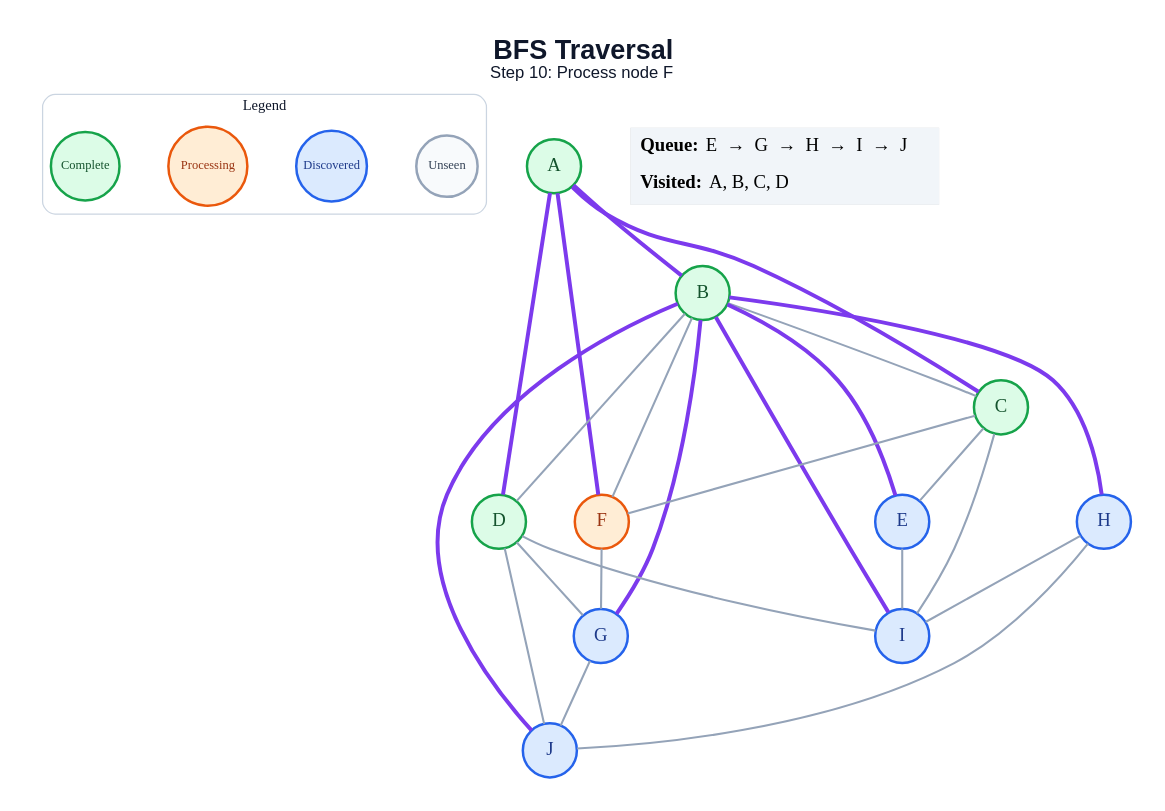
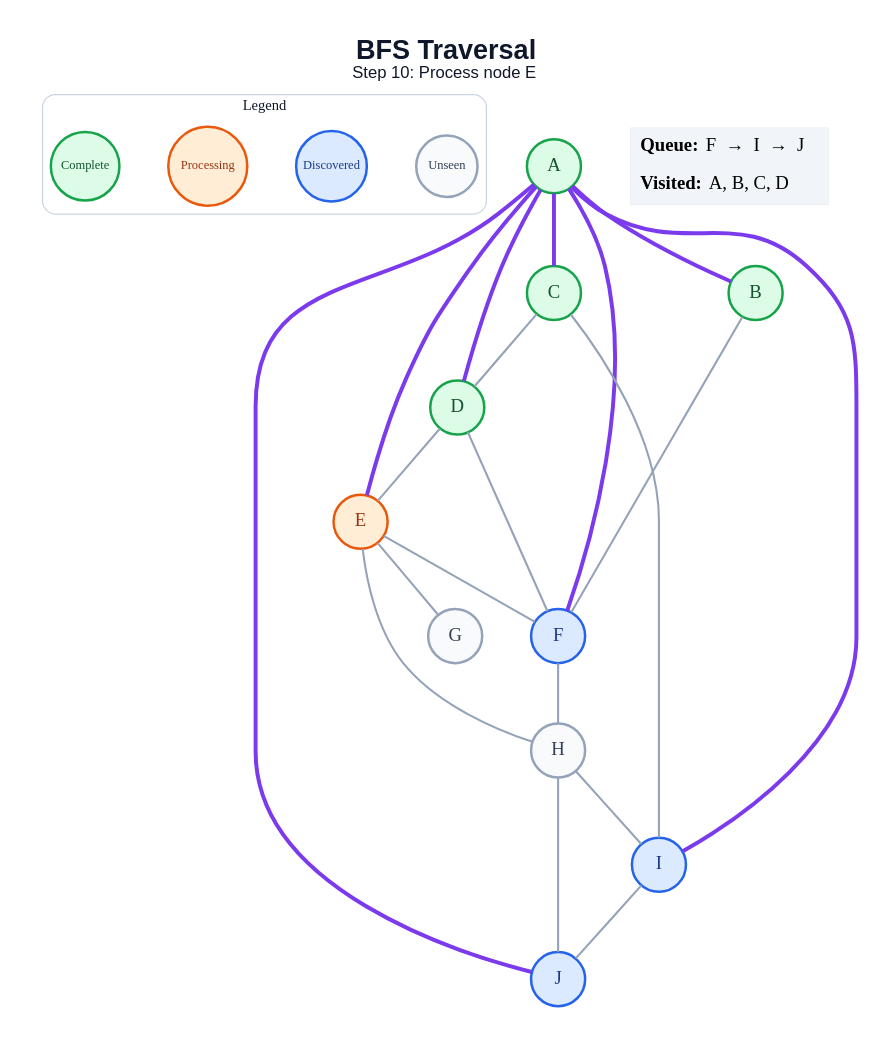
One commit to anon7238593-create/ai-slop changed the diagram in generated/bfs/step_10.dot. Above: the diagram before and after it, drawn with Graphviz. The commit also changed 178 other files, not shown here.

```diff
--- a/generated/bfs/step_10.dot
+++ b/generated/bfs/step_10.dot
@@ -1,52 +1,48 @@
 graph traversal {
   graph [layout=dot, rankdir=TB, bgcolor="#FFFFFF", pad="0.35", nodesep="0.65", ranksep="0.8", fontname="Arial"];
   node [shape=circle, style="filled", fontname="Arial Bold", fontsize=18, width=0.72, fixedsize=true, penwidth=2.4];
   edge [color="#94A3B8", penwidth=2.0];
-  label=<<B>BFS Traversal</B><BR/><FONT POINT-SIZE="16">Step 10: Process node F</FONT>>; labelloc="t"; fontsize=26; fontname="Arial"; fontcolor="#0F172A";
+  label=<<B>BFS Traversal</B><BR/><FONT POINT-SIZE="16">Step 10: Process node E</FONT>>; labelloc="t"; fontsize=26; fontname="Arial"; fontcolor="#0F172A";
   subgraph cluster_legend { label="Legend"; color="#CBD5E1"; penwidth=1.2; style="rounded"; fontsize=14; fontname="Arial Bold";
     key_unseen [label="Unseen", fillcolor="#F8FAFC", color="#94A3B8", fontcolor="#334155", fontsize=12, width=0.82];
     key_frontier [label="Discovered", fillcolor="#DBEAFE", color="#2563EB", fontcolor="#1E3A8A", fontsize=12, width=0.95];
     key_current [label="Processing", fillcolor="#FFEDD5", color="#EA580C", fontcolor="#9A3412", fontsize=12, width=1.05];
     key_done [label="Complete", fillcolor="#DCFCE7", color="#16A34A", fontcolor="#14532D", fontsize=12, width=0.92];
     { rank=same; key_unseen; key_frontier; key_current; key_done; }
   }
   A [fillcolor="#DCFCE7", color="#16A34A", fontcolor="#14532D"];
   B [fillcolor="#DCFCE7", color="#16A34A", fontcolor="#14532D"];
   C [fillcolor="#DCFCE7", color="#16A34A", fontcolor="#14532D"];
   D [fillcolor="#DCFCE7", color="#16A34A", fontcolor="#14532D"];
-  E [fillcolor="#DBEAFE", color="#2563EB", fontcolor="#1E3A8A"];
-  F [fillcolor="#FFEDD5", color="#EA580C", fontcolor="#9A3412"];
-  G [fillcolor="#DBEAFE", color="#2563EB", fontcolor="#1E3A8A"];
-  H [fillcolor="#DBEAFE", color="#2563EB", fontcolor="#1E3A8A"];
+  E [fillcolor="#FFEDD5", color="#EA580C", fontcolor="#9A3412"];
+  F [fillcolor="#DBEAFE", color="#2563EB", fontcolor="#1E3A8A"];
+  G [fillcolor="#F8FAFC", color="#94A3B8", fontcolor="#334155"];
+  H [fillcolor="#F8FAFC", color="#94A3B8", fontcolor="#334155"];
   I [fillcolor="#DBEAFE", color="#2563EB", fontcolor="#1E3A8A"];
   J [fillcolor="#DBEAFE", color="#2563EB", fontcolor="#1E3A8A"];
   A -- B [color="#7C3AED", penwidth=3.8];
   A -- C [color="#7C3AED", penwidth=3.8];
   A -- D [color="#7C3AED", penwidth=3.8];
+  A -- E [color="#7C3AED", penwidth=3.8];
   A -- F [color="#7C3AED", penwidth=3.8];
-  B -- C;
-  B -- D;
-  B -- E [color="#7C3AED", penwidth=3.8];
+  A -- I [color="#7C3AED", penwidth=3.8];
+  A -- J [color="#7C3AED", penwidth=3.8];
   B -- F;
-  B -- G [color="#7C3AED", penwidth=3.8];
-  B -- H [color="#7C3AED", penwidth=3.8];
-  B -- I [color="#7C3AED", penwidth=3.8];
-  B -- J [color="#7C3AED", penwidth=3.8];
-  C -- E;
-  C -- F;
+  C -- D;
   C -- I;
-  D -- G;
-  D -- I;
-  D -- J;
-  E -- I;
-  F -- G;
-  G -- J;
+  D -- E;
+  D -- F;
+  E -- F;
+  E -- G;
+  E -- H;
+  F -- H;
   H -- I;
   H -- J;
+  I -- J;
   status [shape=plain, fixedsize=false, width=0, height=0, margin=0, label=<
     <TABLE BORDER="0" CELLBORDER="0" CELLPADDING="7" BGCOLOR="#F1F5F9">
-      <TR><TD ALIGN="LEFT"><B>Queue:</B> E  →  G  →  H  →  I  →  J</TD></TR>
+      <TR><TD ALIGN="LEFT"><B>Queue:</B> F  →  I  →  J</TD></TR>
       <TR><TD ALIGN="LEFT"><B>Visited:</B> A, B, C, D</TD></TR>
     </TABLE>
   >];
 }
```
